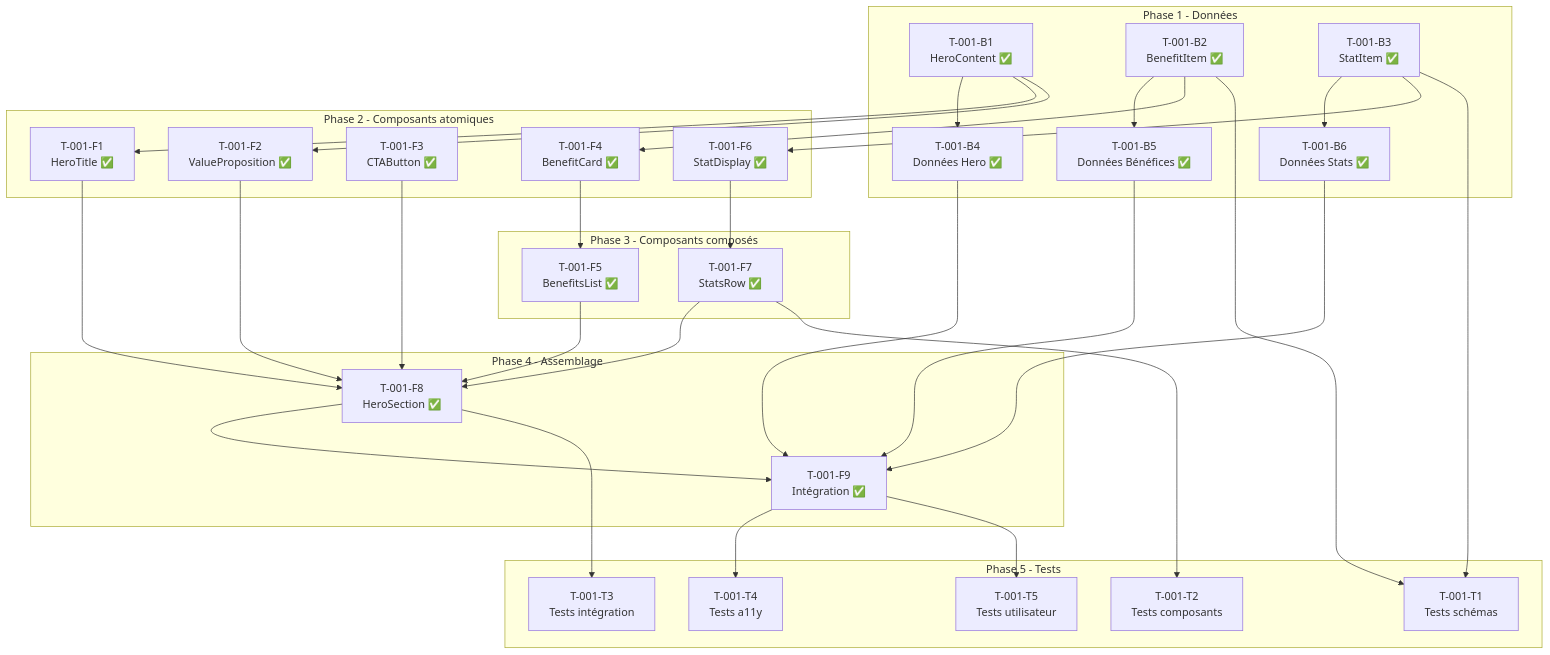
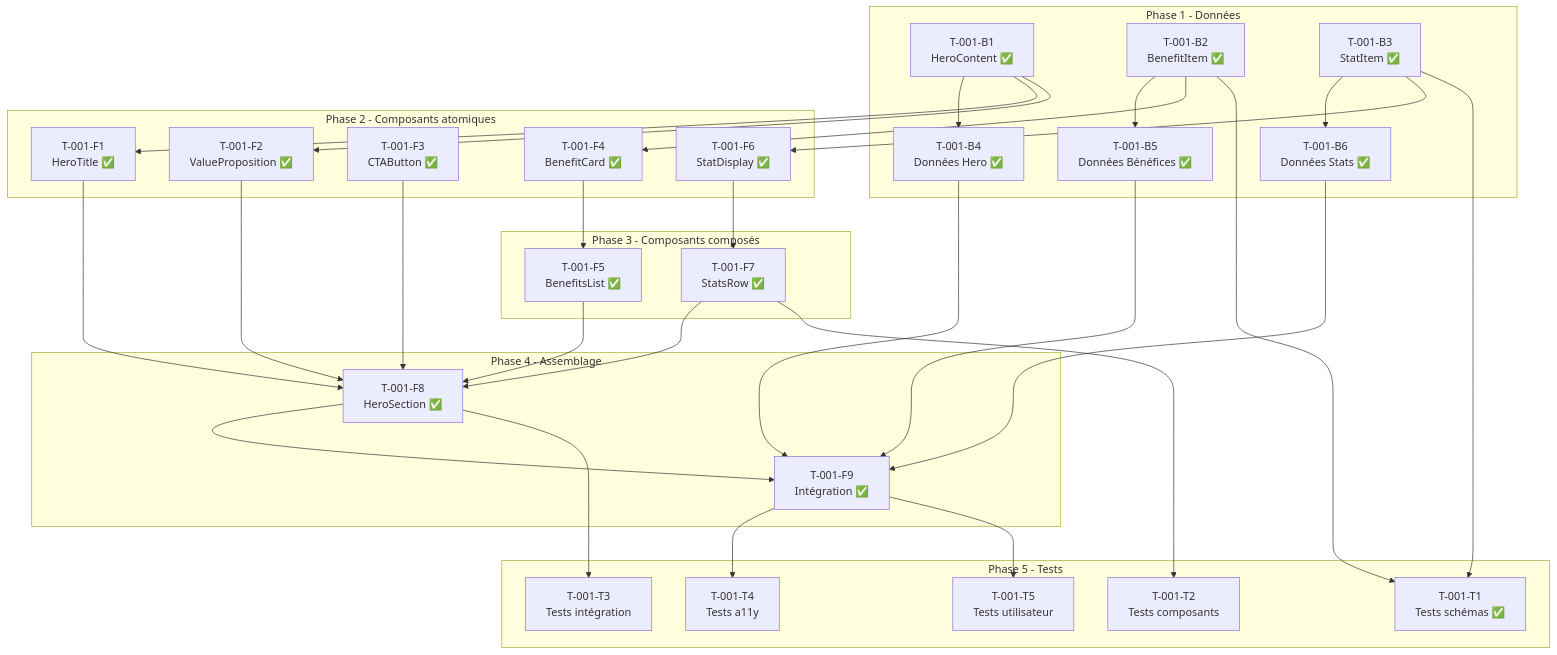
The diagram in docs/specs/US-001/spec.md (everssteeve/AIADwebsite), drawn with Mermaid before and after one commit. The commit also changed other lines of this file and 5 other files, not shown here.

First line of the commit message:
test(T-001-T1): add comprehensive Zod schema unit tests

````diff
--- a/docs/specs/US-001/spec.md
+++ b/docs/specs/US-001/spec.md
@@ -105,66 +105,66 @@
 ```mermaid
 graph TD
     subgraph "Phase 1 - Données"
         B1[T-001-B1<br/>HeroContent ✅]
         B2[T-001-B2<br/>BenefitItem ✅]
         B3[T-001-B3<br/>StatItem ✅]
         B4[T-001-B4<br/>Données Hero ✅]
         B5[T-001-B5<br/>Données Bénéfices ✅]
         B6[T-001-B6<br/>Données Stats ✅]
     end
 
     subgraph "Phase 2 - Composants atomiques"
         F1[T-001-F1<br/>HeroTitle ✅]
         F2[T-001-F2<br/>ValueProposition ✅]
         F3[T-001-F3<br/>CTAButton ✅]
         F4[T-001-F4<br/>BenefitCard ✅]
         F6[T-001-F6<br/>StatDisplay ✅]
     end
 
     subgraph "Phase 3 - Composants composés"
         F5[T-001-F5<br/>BenefitsList ✅]
         F7[T-001-F7<br/>StatsRow ✅]
     end
 
     subgraph "Phase 4 - Assemblage"
         F8[T-001-F8<br/>HeroSection ✅]
         F9[T-001-F9<br/>Intégration ✅]
     end
 
     subgraph "Phase 5 - Tests"
-        T1[T-001-T1<br/>Tests schémas]
+        T1[T-001-T1<br/>Tests schémas ✅]
         T2[T-001-T2<br/>Tests composants]
         T3[T-001-T3<br/>Tests intégration]
         T4[T-001-T4<br/>Tests a11y]
         T5[T-001-T5<br/>Tests utilisateur]
     end
 
     B1 --> B4
     B1 --> F1
     B1 --> F2
     B2 --> B5
     B2 --> F4
     B3 --> B6
     B3 --> F6
 
     F4 --> F5
     F6 --> F7
 
     F1 --> F8
     F2 --> F8
     F3 --> F8
     F5 --> F8
     F7 --> F8
 
     F8 --> F9
     B4 --> F9
     B5 --> F9
     B6 --> F9
 
     B2 --> T1
     B3 --> T1
     F7 --> T2
     F8 --> T3
     F9 --> T4
     F9 --> T5
 ```
````
